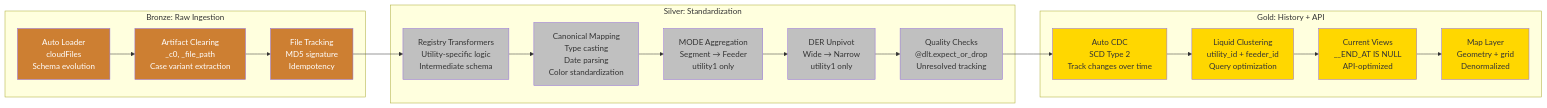
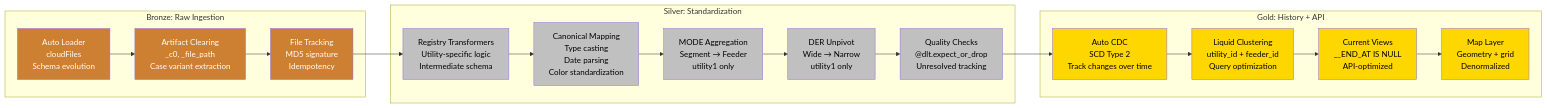
Before and after one commit to jeanpaulrd1/ny-iedr-data-platform: the second of 6 diagrams in docs/SOLUTION_ARCHITECTURE_DIAGRAM.md, drawn with Mermaid. The commit also changed other lines of this file, not shown here.

Commit message:
docs: Fix landing volume paths in solution architecture diagrams
Updated landing volume paths to match actual directory structure:
- landing/1/ → landing/utility1/
- landing/2/ → landing/utility2/
- landing/3/ → landing/utility3/ (in onboarding example)

Also added color:#000 to DQT and LOOP nodes for better text visibility.

All 6 Mermaid diagrams verified and rendering correctly:
1. High-Level Architecture (left-to-right flow)
2. Detailed Transformation Flow
3. N-Utility Registry Pattern
4. Data Quality & Observability Flow
5. Map Application Query Pattern
6. Technology Stack

````diff
--- a/docs/SOLUTION_ARCHITECTURE_DIAGRAM.md
+++ b/docs/SOLUTION_ARCHITECTURE_DIAGRAM.md
@@ -141,48 +141,48 @@
 ```mermaid
 flowchart LR
     subgraph "Bronze: Raw Ingestion"
         BR1["Auto Loader<br/>cloudFiles<br/>Schema evolution"]
         BR2["Artifact Clearing<br/>_c0, _file_path<br/>Case variant extraction"]
         BR3["File Tracking<br/>MD5 signature<br/>Idempotency"]
     end
 
     subgraph "Silver: Standardization"
         SR1["Registry Transformers<br/>Utility-specific logic<br/>Intermediate schema"]
         SR2["Canonical Mapping<br/>Type casting<br/>Date parsing<br/>Color standardization"]
         SR3["MODE Aggregation<br/>Segment → Feeder<br/>utility1 only"]
         SR4["DER Unpivot<br/>Wide → Narrow<br/>utility1 only"]
         SR5["Quality Checks<br/>@dlt.expect_or_drop<br/>Unresolved tracking"]
     end
 
     subgraph "Gold: History + API"
         GR1["Auto CDC<br/>SCD Type 2<br/>Track changes over time"]
         GR2["Liquid Clustering<br/>utility_id + feeder_id<br/>Query optimization"]
         GR3["Current Views<br/>__END_AT IS NULL<br/>API-optimized"]
         GR4["Map Layer<br/>Geometry + grid<br/>Denormalized"]
     end
 
     BR1 --> BR2
     BR2 --> BR3
     BR3 --> SR1
     SR1 --> SR2
     SR2 --> SR3
     SR3 --> SR4
     SR4 --> SR5
     SR5 --> GR1
     GR1 --> GR2
     GR2 --> GR3
     GR3 --> GR4
 
     style BR1 fill:#cd7f32,color:#fff
     style BR2 fill:#cd7f32,color:#fff
     style BR3 fill:#cd7f32,color:#fff
-    style SR1 fill:#c0c0c0
-    style SR2 fill:#c0c0c0
-    style SR3 fill:#c0c0c0
-    style SR4 fill:#c0c0c0
-    style SR5 fill:#c0c0c0
-    style GR1 fill:#ffd700
-    style GR2 fill:#ffd700
-    style GR3 fill:#ffd700
-    style GR4 fill:#ffd700
+    style SR1 fill:#c0c0c0,color:#000
+    style SR2 fill:#c0c0c0,color:#000
+    style SR3 fill:#c0c0c0,color:#000
+    style SR4 fill:#c0c0c0,color:#000
+    style SR5 fill:#c0c0c0,color:#000
+    style GR1 fill:#ffd700,color:#000
+    style GR2 fill:#ffd700,color:#000
+    style GR3 fill:#ffd700,color:#000
+    style GR4 fill:#ffd700,color:#000
 ```
````
